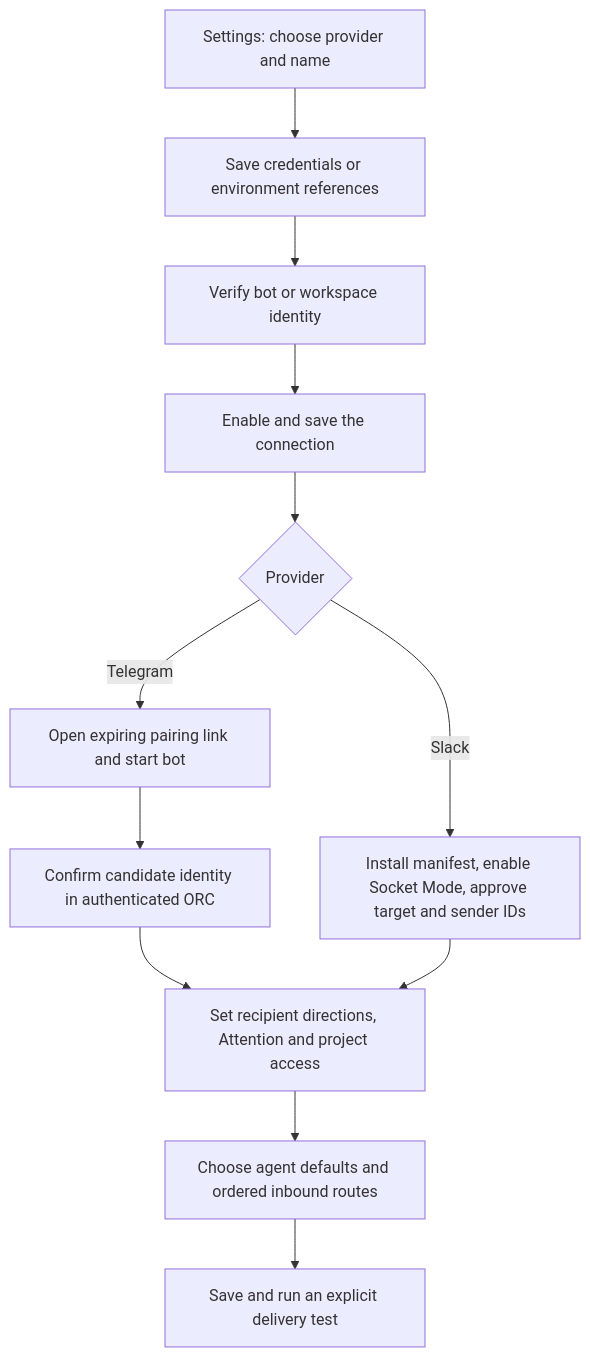
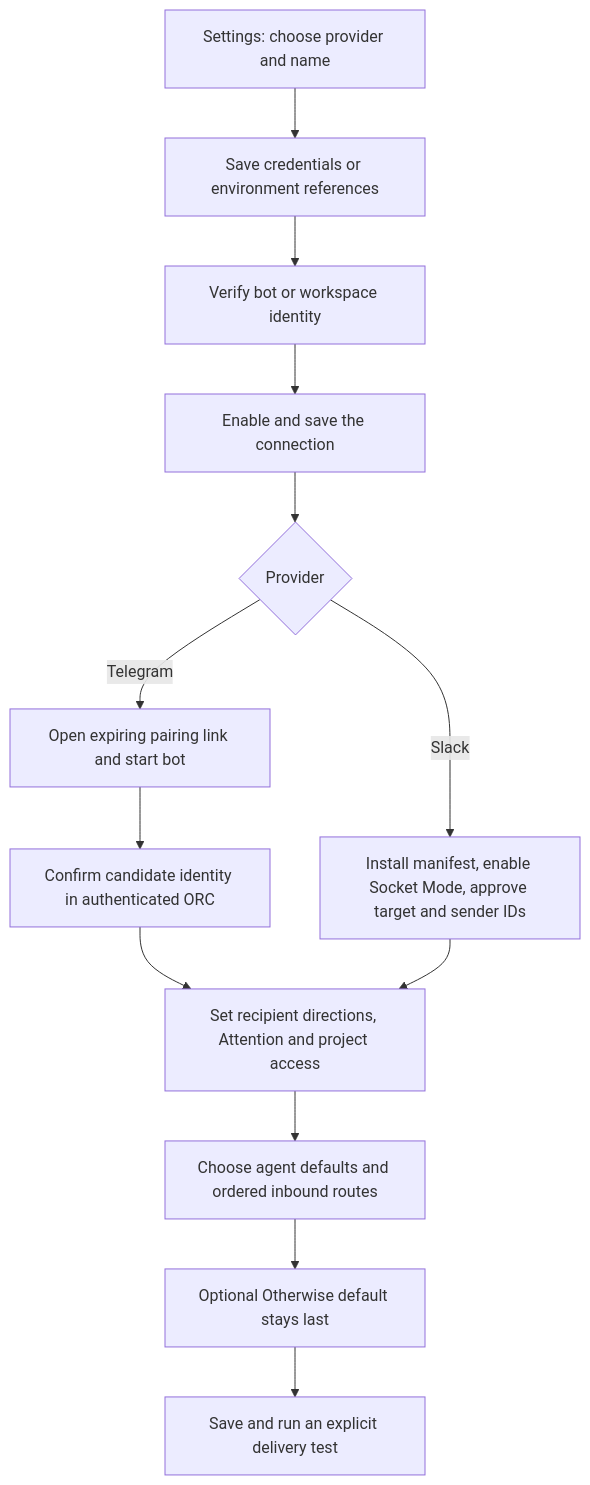
The first of 3 diagrams in docs/verification/channels.md (niradler/orc), drawn with Mermaid before and after one commit. The commit also changed other lines of this file and 13 other files, not shown here.

````diff
--- a/docs/verification/channels.md
+++ b/docs/verification/channels.md
@@ -56,14 +66,15 @@
 ```mermaid
 flowchart TD
   A["Settings: choose provider and name"] --> B["Save credentials or environment references"]
   B --> C["Verify bot or workspace identity"]
   C --> D["Enable and save the connection"]
   D --> E{"Provider"}
   E -->|Telegram| F["Open expiring pairing link and start bot"]
   F --> G["Confirm candidate identity in authenticated ORC"]
   E -->|Slack| H["Install manifest, enable Socket Mode, approve target and sender IDs"]
   G --> I["Set recipient directions, Attention and project access"]
   H --> I
   I --> J["Choose agent defaults and ordered inbound routes"]
-  J --> K["Save and run an explicit delivery test"]
+  J --> L["Optional Otherwise default stays last"]
+  L --> K["Save and run an explicit delivery test"]
 ```
````
